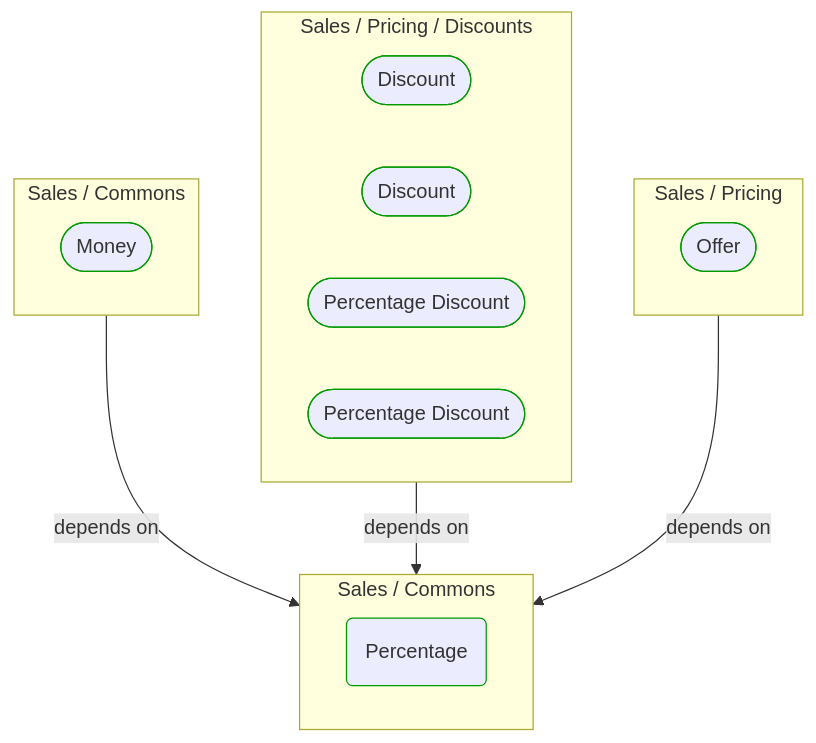
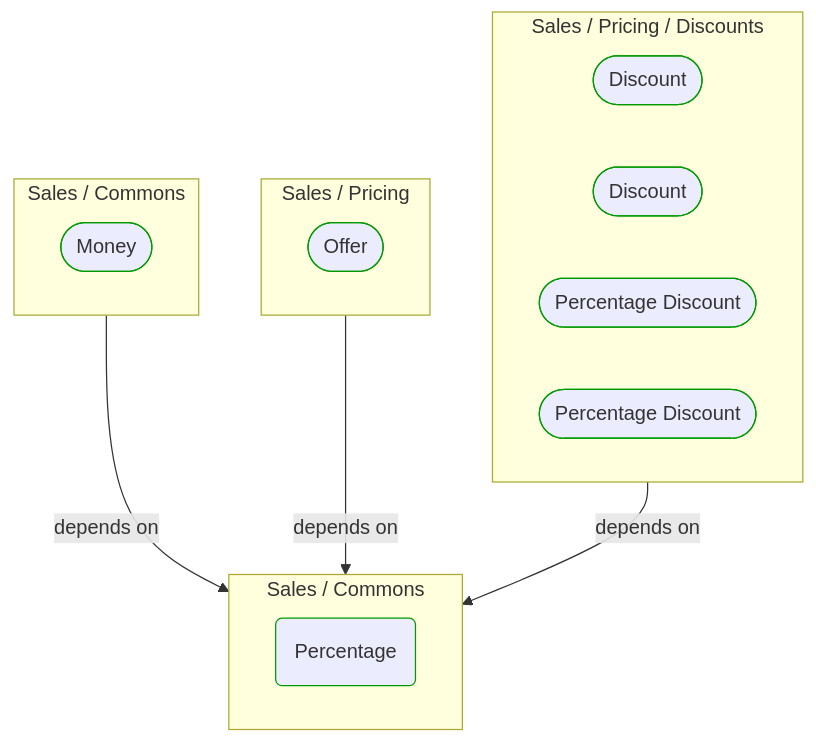
The diagram in Docs/P3/MermaidOutput/Domain/Concepts/Sales/Commons/Percentage.md (itlibrium/DDD-starter-dotnet), drawn with Mermaid before and after one commit. The commit also changed 51 other files, not shown here.

````diff
--- a/Docs/P3/MermaidOutput/Domain/Concepts/Sales/Commons/Percentage.md
+++ b/Docs/P3/MermaidOutput/Domain/Concepts/Sales/Commons/Percentage.md
@@ -20,31 +20,31 @@
 ```mermaid
   flowchart TB
     subgraph 0["Sales / Commons"]
       1([Money])
       class 1 DomainPerspective
     end
-    subgraph 2["Sales / Pricing / Discounts"]
-      3([Discount])
+    subgraph 2["Sales / Pricing"]
+      3([Offer])
       class 3 DomainPerspective
-      4([Discount])
-      class 4 DomainPerspective
-      5([Percentage Discount])
+    end
+    subgraph 4["Sales / Pricing / Discounts"]
+      5([Discount])
       class 5 DomainPerspective
-      6([Percentage Discount])
+      6([Discount])
       class 6 DomainPerspective
-    end
-    subgraph 7["Sales / Pricing"]
-      8([Offer])
+      7([Percentage Discount])
+      class 7 DomainPerspective
+      8([Percentage Discount])
       class 8 DomainPerspective
     end
     subgraph 9["Sales / Commons"]
       10(Percentage)
       class 10 DomainPerspective
     end
     0-->|depends on|9
     2-->|depends on|9
-    7-->|depends on|9
+    4-->|depends on|9
     classDef DomainPerspective stroke:#009900
     classDef TechnologyPerspective stroke:#1F41EB
     classDef PeoplePerspective stroke:#FFF014
 ```
````
